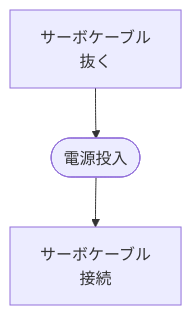
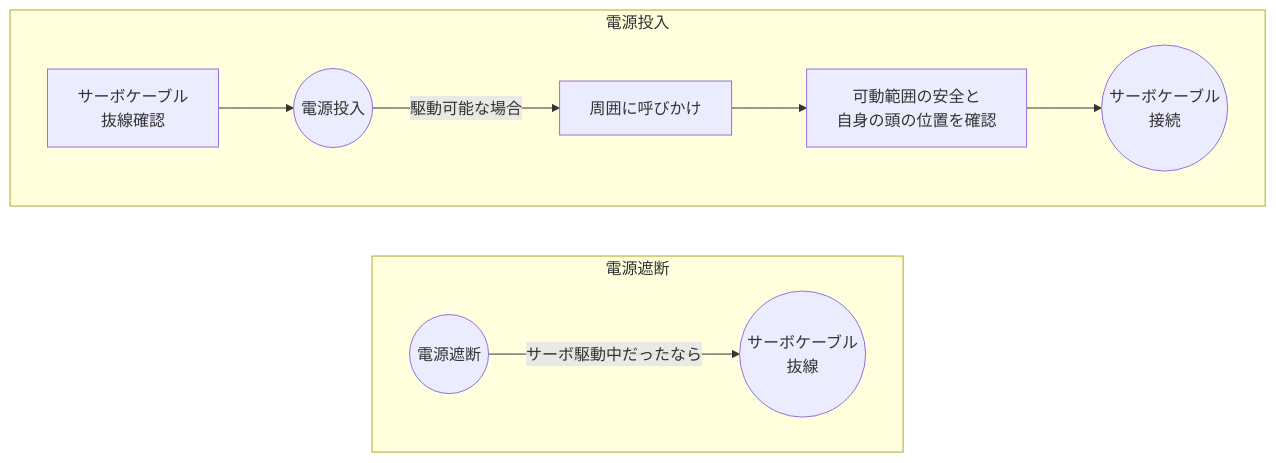
Before and after one commit to torica-org/electronics-blog: the fourth of 4 diagrams in docs/works/2026-avionics.md, drawn with Mermaid. The commit also changed other lines of this file, not shown here.

```diff
--- a/docs/works/2026-avionics.md
+++ b/docs/works/2026-avionics.md
@@ -215,9 +215,22 @@
 <pre class="mermaid" style="background-color:white;">
 flowchart TD
-    servoNC["サーボケーブル<br>抜く"]
-    powerOn(["電源投入"])
-    servoConn["サーボケーブル<br>接続"]
+    servoNCCheck["サーボケーブル<br>抜線確認"]
+    powerOn(("電源投入"))
+    servoCall["周囲に呼びかけ"]
+    servoSafe["可動範囲の安全と<br>自身の頭の位置を確認"]
+    servoConn(("サーボケーブル<br>接続"))
 
-    servoNC --> powerOn
-    powerOn --> servoConn
+    subgraph on["電源投入"]
+        servoNCCheck --> powerOn
+        powerOn -- "駆動可能な場合" --> servoCall --> servoSafe --> servoConn
+    end
+
+    powerOff(("電源遮断"))
+    servoNC(("サーボケーブル<br>抜線"))
+    
+    subgraph off["電源遮断"]
+        powerOff -- "サーボ駆動中だったなら" --> servoNC
+    end
+
+    on ~~~ off
 </pre>
```
